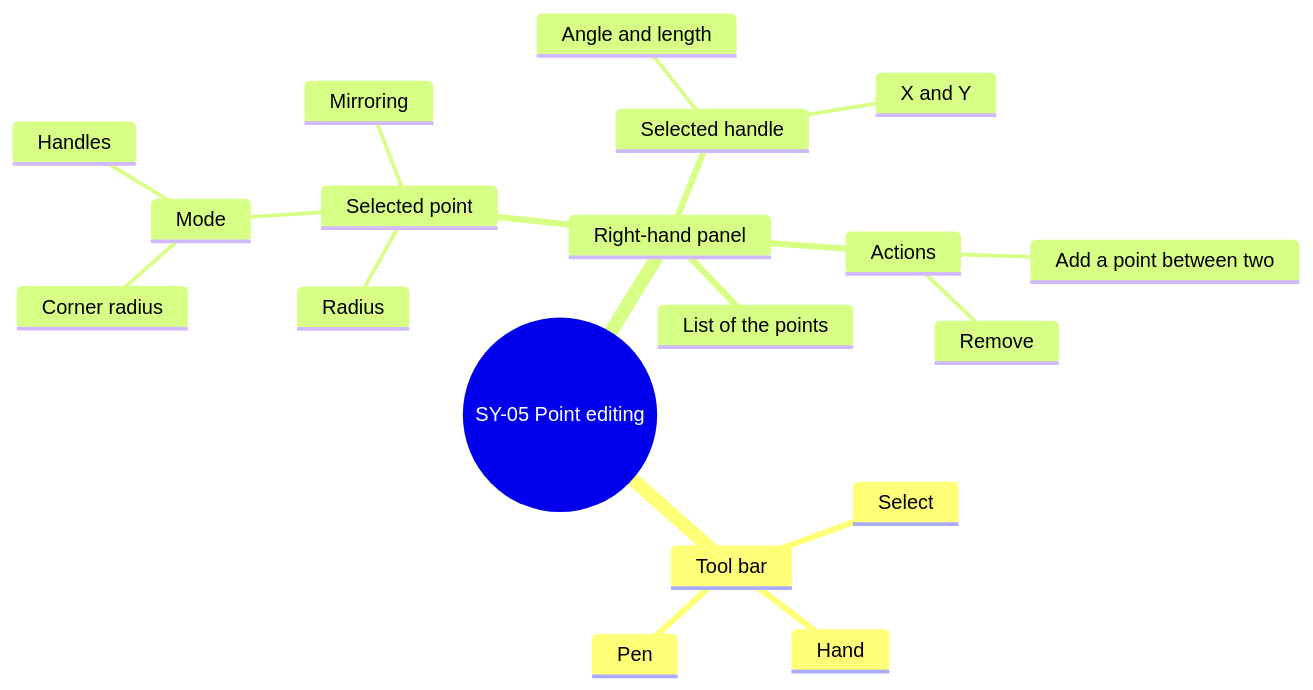
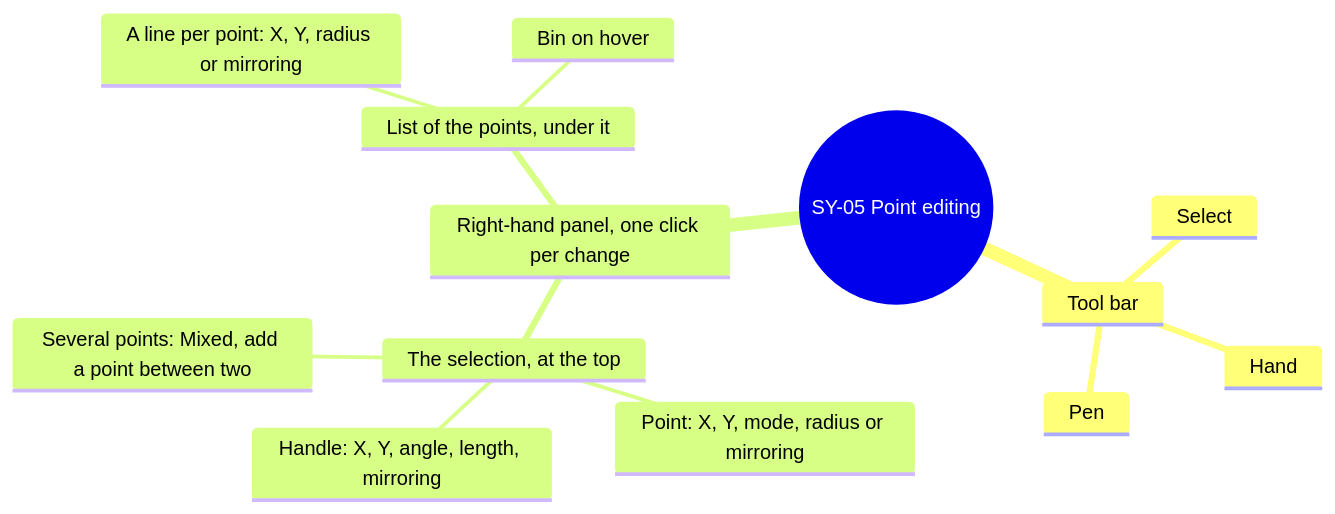
Before and after one commit to AlexandreGallais/synoptic-studio-spec: the seventh of 16 diagrams in screens/symbols.md, drawn with Mermaid. The commit also changed other lines of this file and 20 other files, not shown here.

````diff
--- a/screens/symbols.md
+++ b/screens/symbols.md
@@ -326,22 +327,16 @@
 ```mermaid
 mindmap
   root((SY-05 Point editing))
     Tool bar
       Select
       Hand
       Pen
-    Right-hand panel
-      List of the points
-      Selected point
-        Mode
-          Corner radius
-          Handles
-        Radius
-        Mirroring
-      Selected handle
-        X and Y
-        Angle and length
-      Actions
-        Remove
-        Add a point between two
+    Right-hand panel, one click per change
+      The selection, at the top
+        Point: X, Y, mode, radius or mirroring
+        Handle: X, Y, angle, length, mirroring
+        Several points: Mixed, add a point between two
+      List of the points, under it
+        A line per point: X, Y, radius or mirroring
+        Bin on hover
 ```
````
